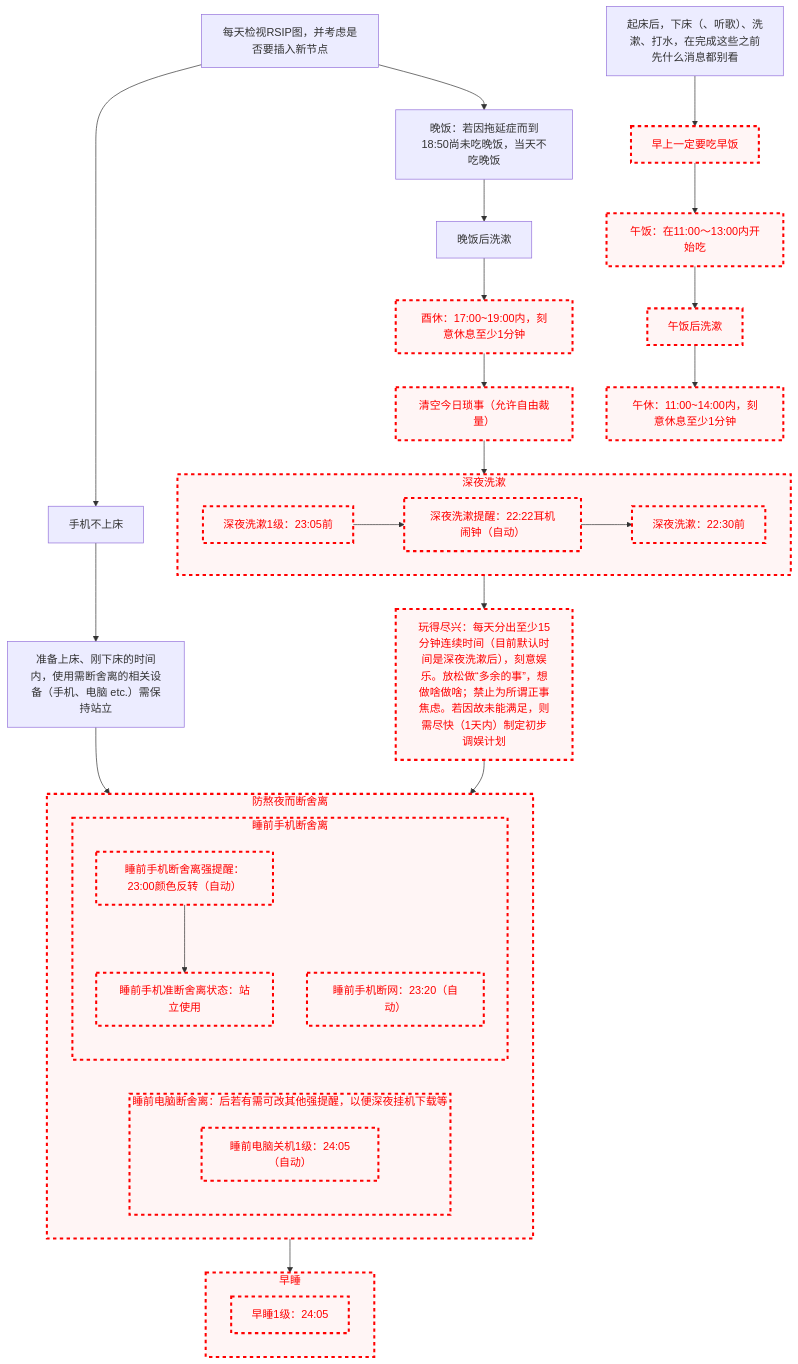
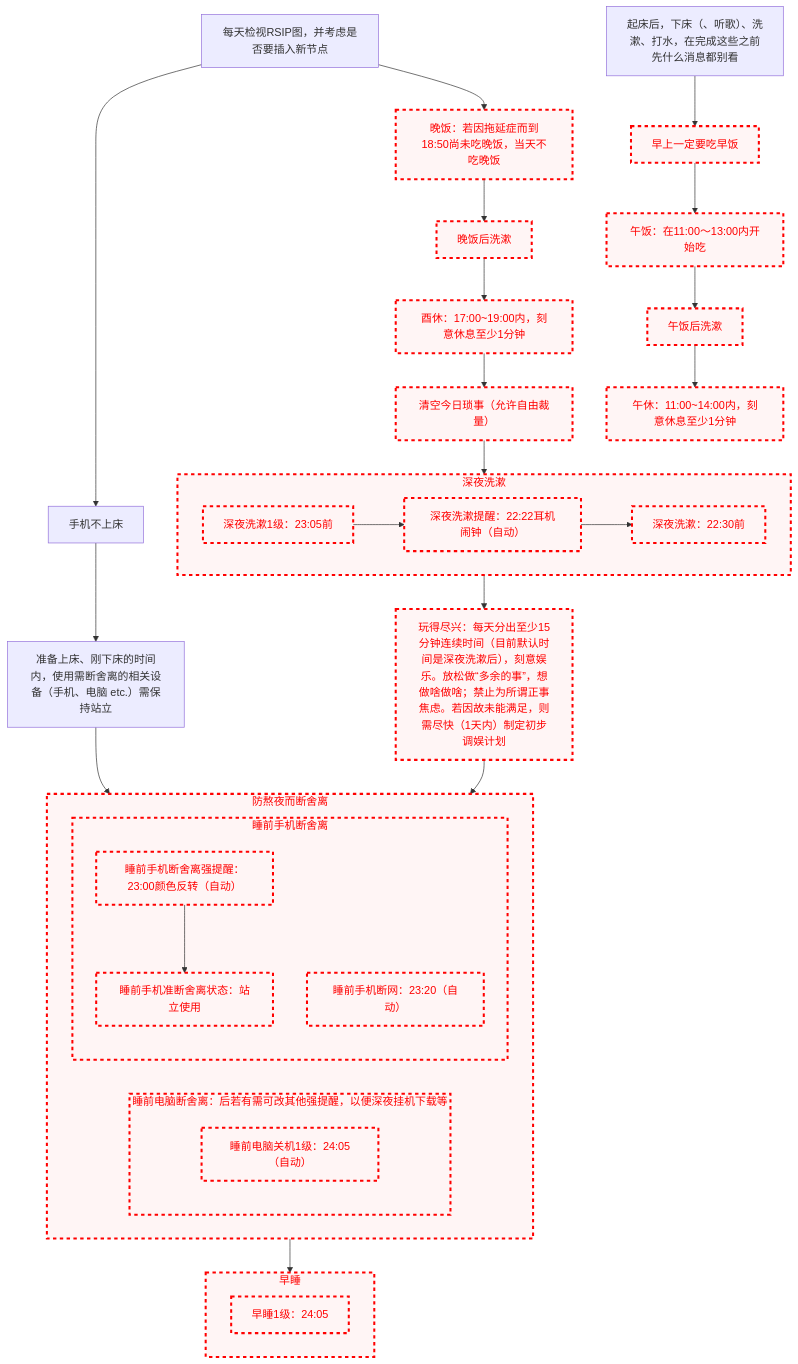
One commit to Ethkuil/RSIP-tree changed the diagram in README.md. Above: the diagram before and after it, drawn with Mermaid.

Commit message:
disable 晚饭

````diff
--- a/README.md
+++ b/README.md
@@ -21,69 +21,71 @@
 ```mermaid
 graph TD
 
 classDef failed stroke:#ff0000, stroke-width:3px, color:#ff0000, fill:#fff5f5, stroke-dasharray: 5
 
 RSIP[每天检视RSIP图，并考虑是否要插入新节点]
 
 
 RSIP --> 手机不上床
 手机不上床 --> 站立使用[准备上床、刚下床的时间内，使用需断舍离的相关设备（手机、电脑 etc.）需保持站立]
 
 RSIP --> 晚饭[晚饭：若因拖延症而到18:50尚未吃晚饭，当天不吃晚饭]
+class 晚饭 failed
 晚饭 --> 晚饭后洗漱
+class 晚饭后洗漱 failed
 晚饭后洗漱 --> 酉休[酉休：17:00~19:00内，刻意休息至少1分钟]
 class 酉休 failed
 酉休 --> 今日琐事[清空今日琐事（允许自由裁量）]
 class 今日琐事 failed
 今日琐事 --> 深夜洗漱
 subgraph 深夜洗漱
   深夜洗漱1级[深夜洗漱1级：23:05前]
   class 深夜洗漱1级 failed
   深夜洗漱1级 --> 深夜洗漱提醒[深夜洗漱提醒：22:22耳机闹钟（自动）]
   class 深夜洗漱提醒 failed
   深夜洗漱提醒 --> 深夜洗漱最高级[深夜洗漱：22:30前]
   class 深夜洗漱最高级 failed
 end
 class 深夜洗漱 failed
 深夜洗漱 --> 玩得尽兴[玩得尽兴：每天分出至少15分钟连续时间（目前默认时间是深夜洗漱后），刻意娱乐。放松做“多余的事”，想做啥做啥；禁止为所谓正事焦虑。若因故未能满足，则需尽快（1天内）制定初步调娱计划]
 class 玩得尽兴 failed
 
 站立使用 --> 防熬夜而断舍离
 玩得尽兴 --> 防熬夜而断舍离
 subgraph 防熬夜而断舍离
   subgraph 睡前电脑断舍离[睡前电脑断舍离：后若有需可改其他强提醒，以便深夜挂机下载等]
     睡前电脑关机1级[睡前电脑关机1级：24:05（自动）]
     class 睡前电脑关机1级 failed
   end
   class 睡前电脑断舍离 failed
 
   subgraph 睡前手机断舍离
     睡前手机断舍离强提醒[睡前手机断舍离强提醒：23:00颜色反转（自动）]
     class 睡前手机断舍离强提醒 failed
     睡前手机断舍离强提醒 --> 睡前手机准断舍离状态[睡前手机准断舍离状态：站立使用]
     class 睡前手机准断舍离状态 failed
     睡前手机断网[睡前手机断网：23:20（自动）]
     class 睡前手机断网 failed
   end
   class 睡前手机断舍离 failed
 end
 class 防熬夜而断舍离 failed
 防熬夜而断舍离 --> 早睡
 subgraph 早睡
   早睡1级[早睡1级：24:05]
   class 早睡1级 failed
 end
 class 早睡 failed
 
 
 清晨洗漱[起床后，下床（、听歌）、洗漱、打水，在完成这些之前先什么消息都别看]
 
 清晨洗漱 --> 早饭[早上一定要吃早饭]
 class 早饭 failed
 早饭 --> 午饭[午饭：在11:00～13:00内开始吃]
 class 午饭 failed
 午饭 --> 午饭后洗漱
 class 午饭后洗漱 failed
 午饭后洗漱 --> 午休[午休：11:00~14:00内，刻意休息至少1分钟]
 class 午休 failed
 ```
````
